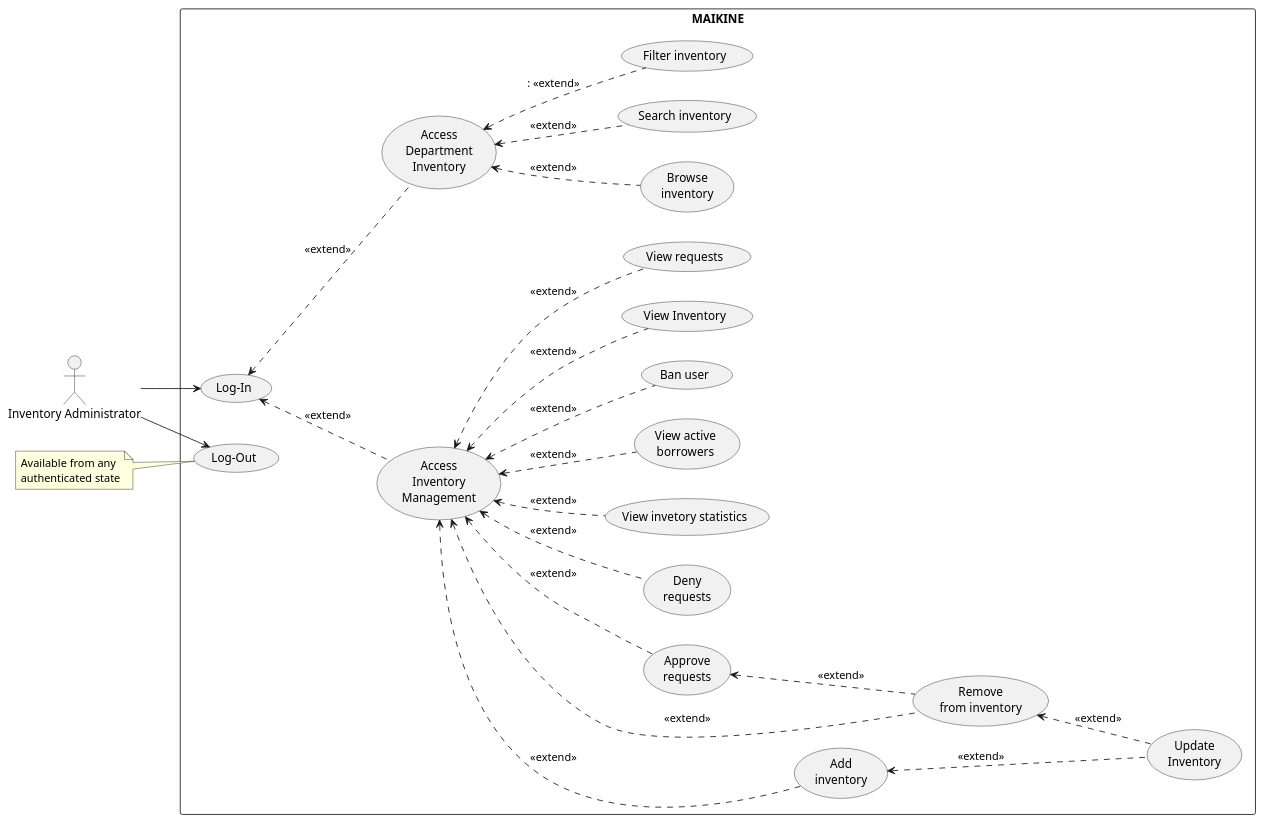
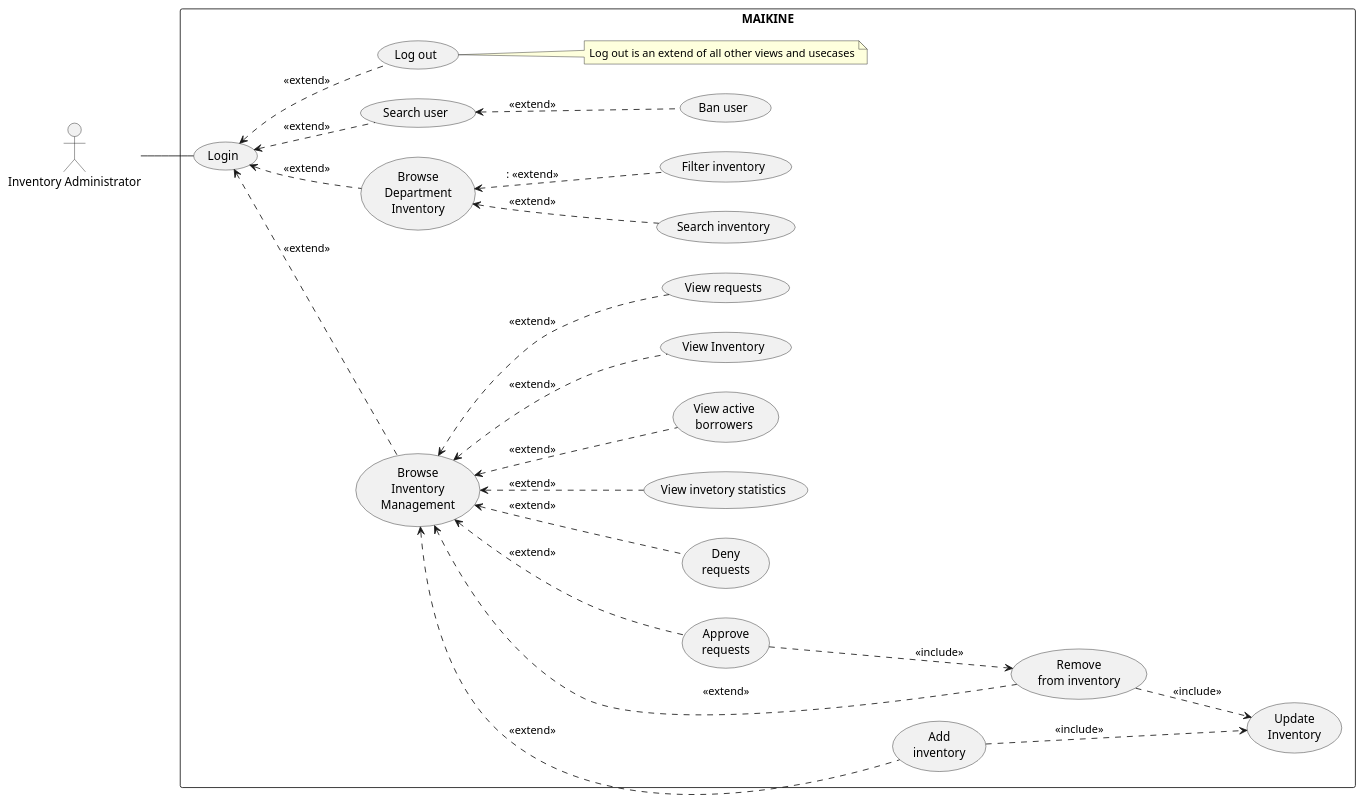
Before and after one commit to JanPerez35/PlantUML: the diagram in usecaseDiagrams/Inventory_Administrator_Diagram.puml, drawn with PlantUML. The commit also changed 9 other files, not shown here.

Commit message:
Updated use case and activity diagrams for clarity.

```diff
--- a/usecaseDiagrams/Inventory_Administrator_Diagram.puml
+++ b/usecaseDiagrams/Inventory_Administrator_Diagram.puml
@@ -1,58 +1,60 @@
 @startuml
 left to right direction
 skinparam packageStyle rectangle
 
 actor "Inventory Administrator" as InventoryAdmin
 
 rectangle MAIKINE {
 
-  usecase "Log-In" as UC_Login
-  usecase "Access\nInventory\nManagement" as UC_InventoryMgmt
+  usecase "Login" as UC_Login
+  usecase "Browse\nInventory\nManagement" as UC_InventoryMgmt
   usecase "Add\ninventory" as UC_AddInventory
   usecase "Update\nInventory" as UC_UpdateInventory
   usecase "Remove\nfrom inventory" as UC_RemoveInventory
   usecase "Approve\nrequests" as UC_ApproveRequests
   usecase "Deny\nrequests" as UC_DenyRequests
   usecase "View invetory statistics" as UC_ViewStatisitcs
   usecase "View active\nborrowers" as UC_ViewBorrowers
-  usecase "Access\nDepartment\nInventory" as UC_DepLending
+  usecase "Browse\nDepartment\nInventory" as UC_DepLending
   usecase "Ban user" as UC_BanUser
-  usecase "Browse\ninventory" as UC_BrowseInventory
+  usecase "Search user" as UC_SearchUser
   usecase "View Inventory" as UC_View
   usecase "View requests" as UC_ViewRequest
   usecase "Search inventory" as UC_Search
   usecase "Filter inventory" as UC_Filter
-  usecase "Log-Out" as UC_Logout
+  usecase "Log out" as UC_Logout
+
+  note right of (UC_Logout)
+  Log out is an extend of all other views and usecases
+  end note
+
+
 }
 
-InventoryAdmin --> UC_Login
-InventoryAdmin --> UC_Logout
+InventoryAdmin -- UC_Login
 
+UC_Login <.. UC_Logout : <<extend>>
 UC_Login <.. UC_InventoryMgmt : <<extend>>
 UC_Login <.. UC_DepLending : <<extend>>
+UC_Login <.. UC_SearchUser : <<extend>>
 
 UC_InventoryMgmt <.. UC_AddInventory : <<extend>>
 UC_InventoryMgmt <.. UC_RemoveInventory : <<extend>>
 UC_InventoryMgmt <.. UC_ApproveRequests : <<extend>>
 UC_InventoryMgmt <.. UC_DenyRequests : <<extend>>
 UC_InventoryMgmt <.. UC_ViewBorrowers : <<extend>>
 UC_InventoryMgmt <.. UC_View: <<extend>>
 UC_InventoryMgmt <.. UC_ViewRequest: <<extend>>
-UC_InventoryMgmt <.. UC_BanUser : <<extend>>
 UC_InventoryMgmt <.. UC_ViewStatisitcs : <<extend>>
 
-UC_AddInventory <.. UC_UpdateInventory : <<extend>>
-UC_RemoveInventory <.. UC_UpdateInventory : <<extend>>
-UC_ApproveRequests <.. UC_RemoveInventory : <<extend>>
+UC_AddInventory ..> UC_UpdateInventory : <<include>>
+UC_RemoveInventory ..> UC_UpdateInventory : <<include>>
+UC_ApproveRequests ..> UC_RemoveInventory : <<include>>
 
+UC_SearchUser <.. UC_BanUser : <<extend>>
 
-UC_DepLending <.. UC_BrowseInventory : <<extend>>
 UC_DepLending <.. UC_Search : <<extend>>
 UC_DepLending <.. UC_Filter :: <<extend>>
 
-note left of UC_Logout
-Available from any
-authenticated state
-end note
 
 @enduml
```
